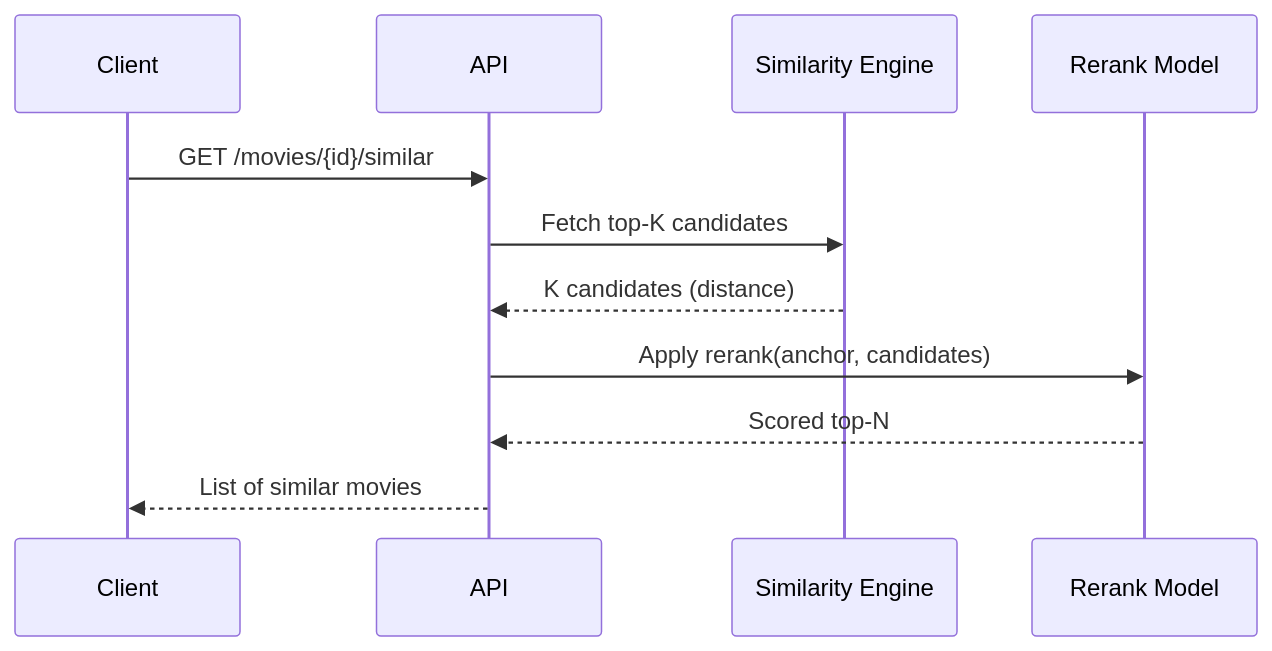
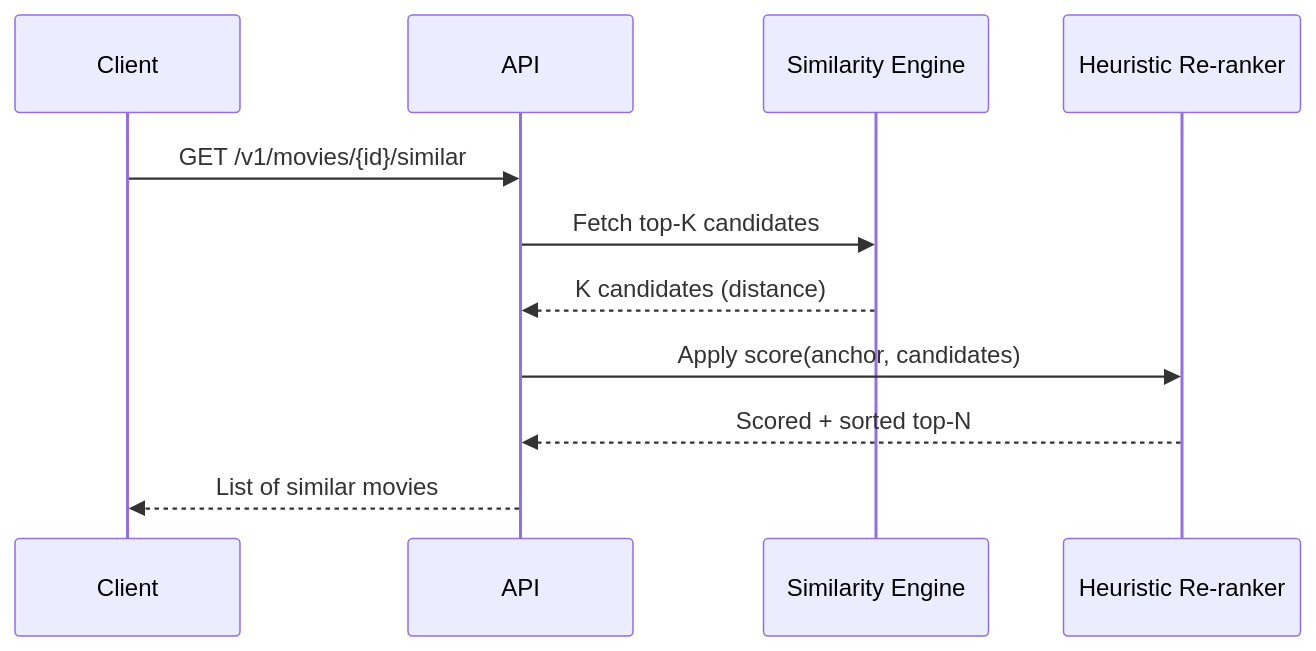
One commit to Amr-Mohie-eldeen/taste-kid changed the second of 4 diagrams in apps/api/README.md. Above: the diagram before and after it, drawn with Mermaid. The commit also changed other lines of this file, not shown here.

````diff
--- a/apps/api/README.md
+++ b/apps/api/README.md
@@ -38,14 +67,14 @@
 ```mermaid
 sequenceDiagram
     participant Client
     participant API
     participant Similarity as Similarity Engine
-    participant Rerank as Rerank Model
+    participant Rerank as Heuristic Re-ranker
 
-    Client->>API: GET /movies/{id}/similar
+    Client->>API: GET /v1/movies/{id}/similar
     API->>Similarity: Fetch top-K candidates
     Similarity-->>API: K candidates (distance)
-    API->>Rerank: Apply rerank(anchor, candidates)
-    Rerank-->>API: Scored top-N
+    API->>Rerank: Apply score(anchor, candidates)
+    Rerank-->>API: Scored + sorted top-N
     API-->>Client: List of similar movies
 ```
````
